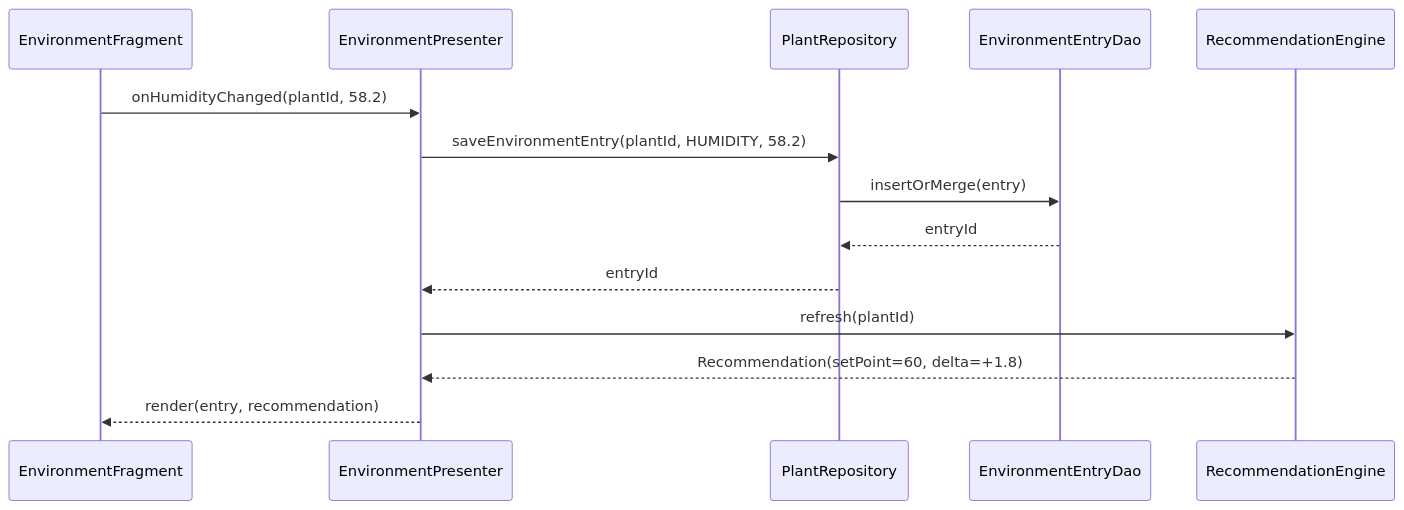
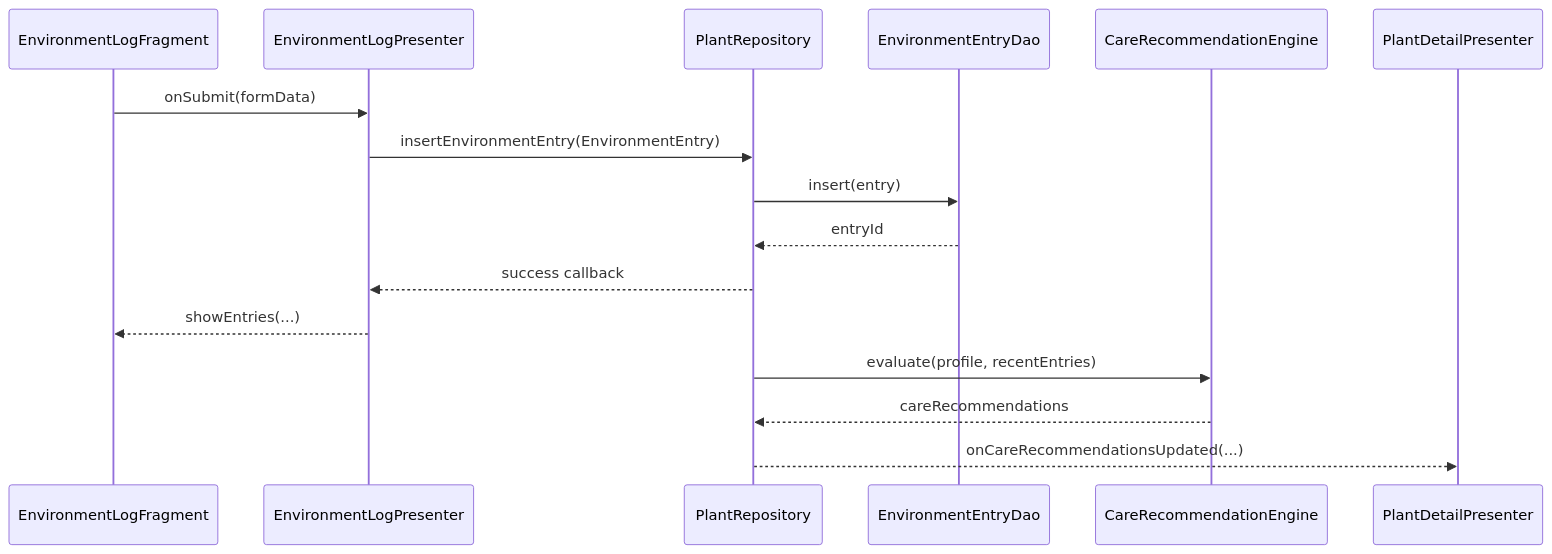
One commit to hiimOmagh/Pflanzbestand_und_Lichttest_-Haus- changed the fifth of 5 diagrams in docs/ARCHITECTURE.md. Above: the diagram before and after it, drawn with Mermaid. The commit also changed other lines of this file, not shown here.

First line of the commit message:
docs: Update architecture diagrams and descriptions

````diff
--- a/docs/ARCHITECTURE.md
+++ b/docs/ARCHITECTURE.md
@@ -202,16 +150,18 @@
 ```mermaid
 sequenceDiagram
-    participant UI as EnvironmentFragment
-    participant Presenter as EnvironmentPresenter
+    participant UI as EnvironmentLogFragment
+    participant Presenter as EnvironmentLogPresenter
     participant Repo as PlantRepository
     participant DAO as EnvironmentEntryDao
-    participant Engine as RecommendationEngine
-    UI->>Presenter: onHumidityChanged(plantId, 58.2)
-    Presenter->>Repo: saveEnvironmentEntry(plantId, HUMIDITY, 58.2)
-    Repo->>DAO: insertOrMerge(entry)
+    participant Engine as CareRecommendationEngine
+    participant Detail as PlantDetailPresenter
+    UI->>Presenter: onSubmit(formData)
+    Presenter->>Repo: insertEnvironmentEntry(EnvironmentEntry)
+    Repo->>DAO: insert(entry)
     DAO-->>Repo: entryId
-    Repo-->>Presenter: entryId
-    Presenter->>Engine: refresh(plantId)
-    Engine-->>Presenter: Recommendation(setPoint=60, delta=+1.8)
-    Presenter-->>UI: render(entry, recommendation)
+    Repo-->>Presenter: success callback
+    Presenter-->>UI: showEntries(...)
+    Repo->>Engine: evaluate(profile, recentEntries)
+    Engine-->>Repo: careRecommendations
+    Repo-->>Detail: onCareRecommendationsUpdated(...)
 ```
````
